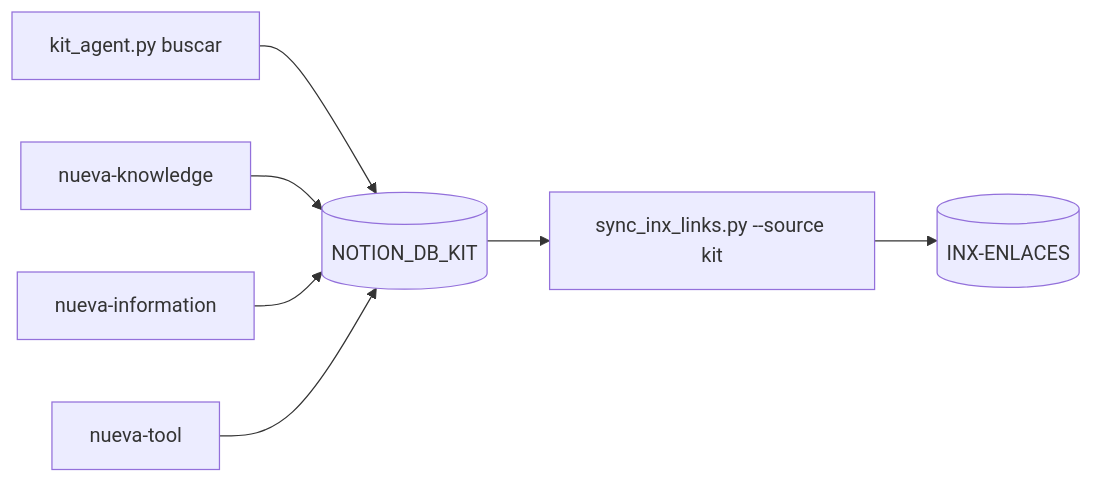
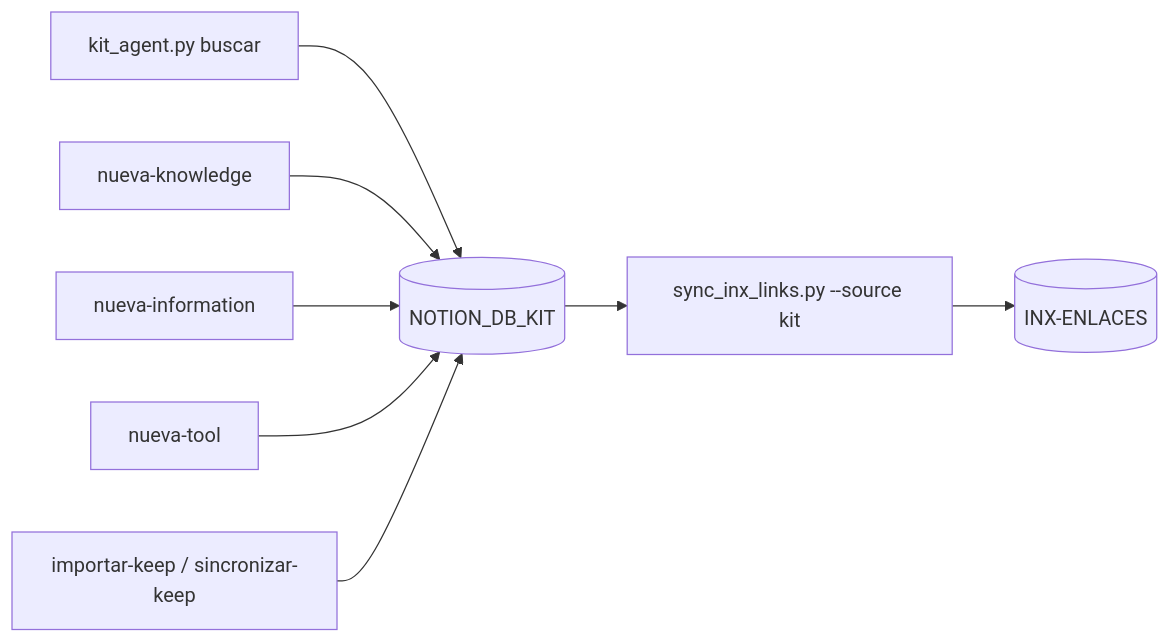
The fourth of 11 diagrams in docs/pipeline-atlas.md (dalarconrub/coworkia), drawn with Mermaid before and after one commit. The commit also changed other lines of this file and 12 other files, not shown here.

First line of the commit message:
KIT caso 08 + data_source migration: relations Obsidian↔KIT, sincronizar-keep, fallback /data_sources↔/databases

````diff
--- a/docs/pipeline-atlas.md
+++ b/docs/pipeline-atlas.md
@@ -132,9 +132,10 @@
 ```mermaid
 flowchart LR
     SEARCH[kit_agent.py buscar] --> KIT_DB[(NOTION_DB_KIT)]
     NEW_K[nueva-knowledge] --> KIT_DB
     NEW_I[nueva-information] --> KIT_DB
     NEW_T[nueva-tool] --> KIT_DB
+    KEEP_I[importar-keep / sincronizar-keep] --> KIT_DB
     KIT_DB --> SYNC_KIT[sync_inx_links.py --source kit]
     SYNC_KIT --> INX[(INX-ENLACES)]
 ```
````
